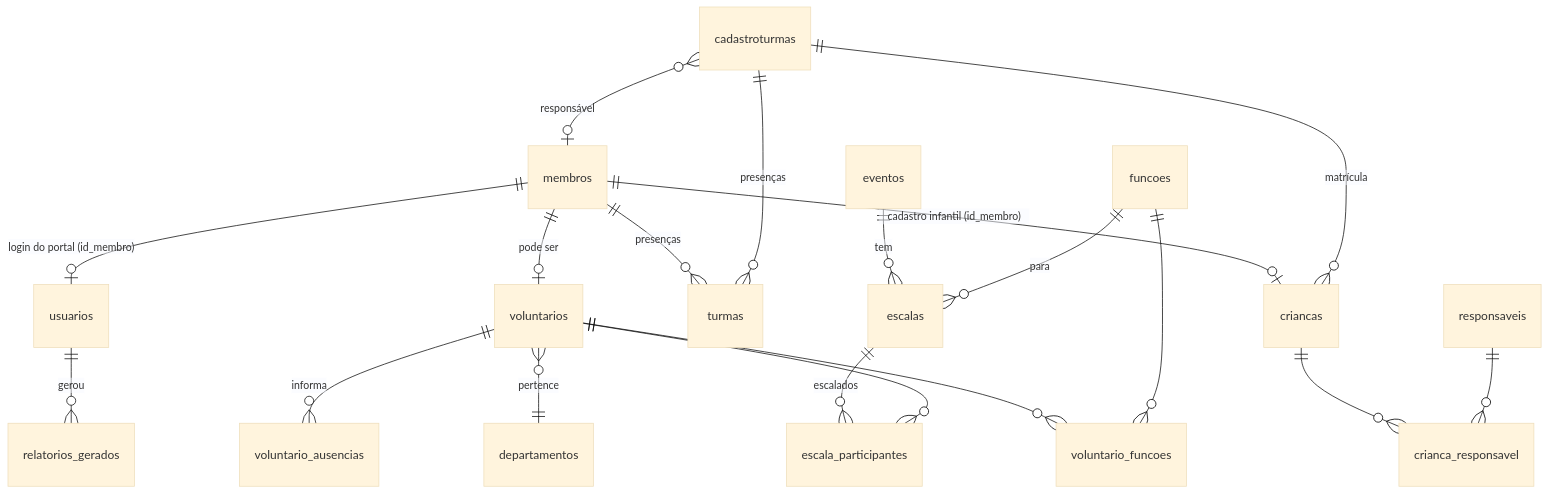
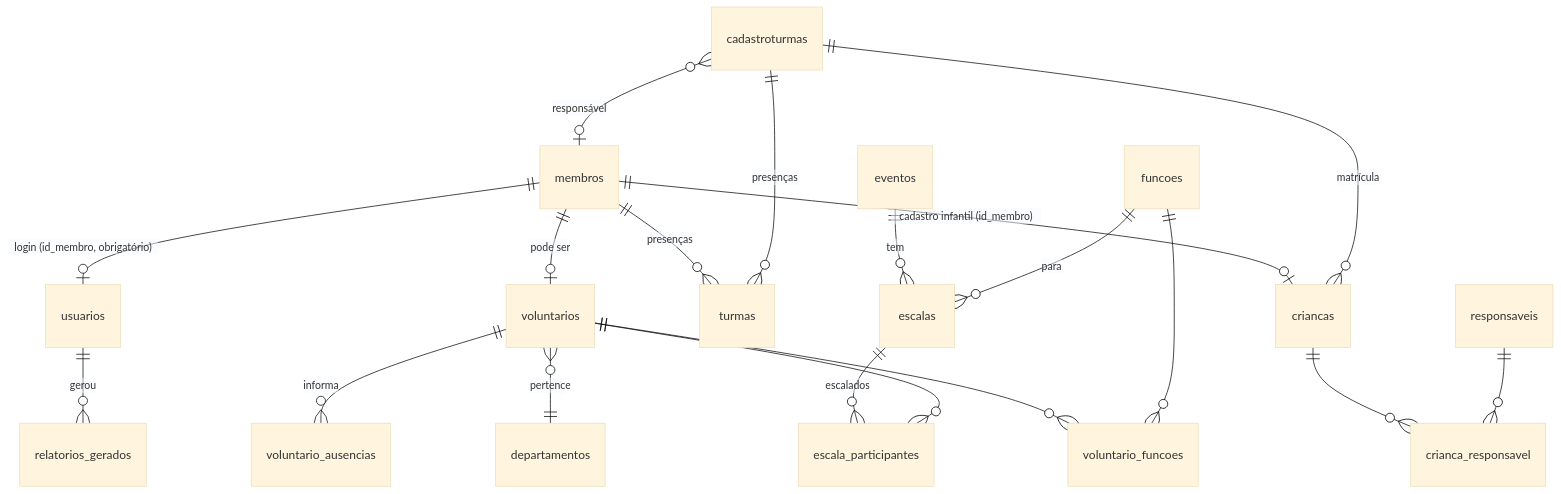
The diagram in docs/banco-de-dados.md (everton16luis-eng/PE1), drawn with Mermaid (base theme) before and after one commit. The commit also changed other lines of this file and 36 other files, not shown here.

````diff
--- a/docs/banco-de-dados.md
+++ b/docs/banco-de-dados.md
@@ -9,21 +9,21 @@
 ```mermaid
 erDiagram
     membros ||--o| voluntarios : "pode ser"
-    membros ||--o| usuarios : "login do portal (id_membro)"
+    membros ||--o| usuarios : "login (id_membro, obrigatório)"
     membros ||--o{ turmas : "presenças"
     membros ||--o| criancas : "cadastro infantil (id_membro)"
     voluntarios }o--|| departamentos : "pertence"
     voluntarios ||--o{ voluntario_funcoes : ""
     funcoes ||--o{ voluntario_funcoes : ""
     voluntarios ||--o{ voluntario_ausencias : "informa"
     eventos ||--o{ escalas : "tem"
     funcoes ||--o{ escalas : "para"
     escalas ||--o{ escala_participantes : "escalados"
     voluntarios ||--o{ escala_participantes : ""
     cadastroturmas ||--o{ turmas : "presenças"
     cadastroturmas ||--o{ criancas : "matrícula"
     cadastroturmas }o--o| membros : "responsável"
     criancas ||--o{ crianca_responsavel : ""
     responsaveis ||--o{ crianca_responsavel : ""
     usuarios ||--o{ relatorios_gerados : "gerou"
 ```
````
